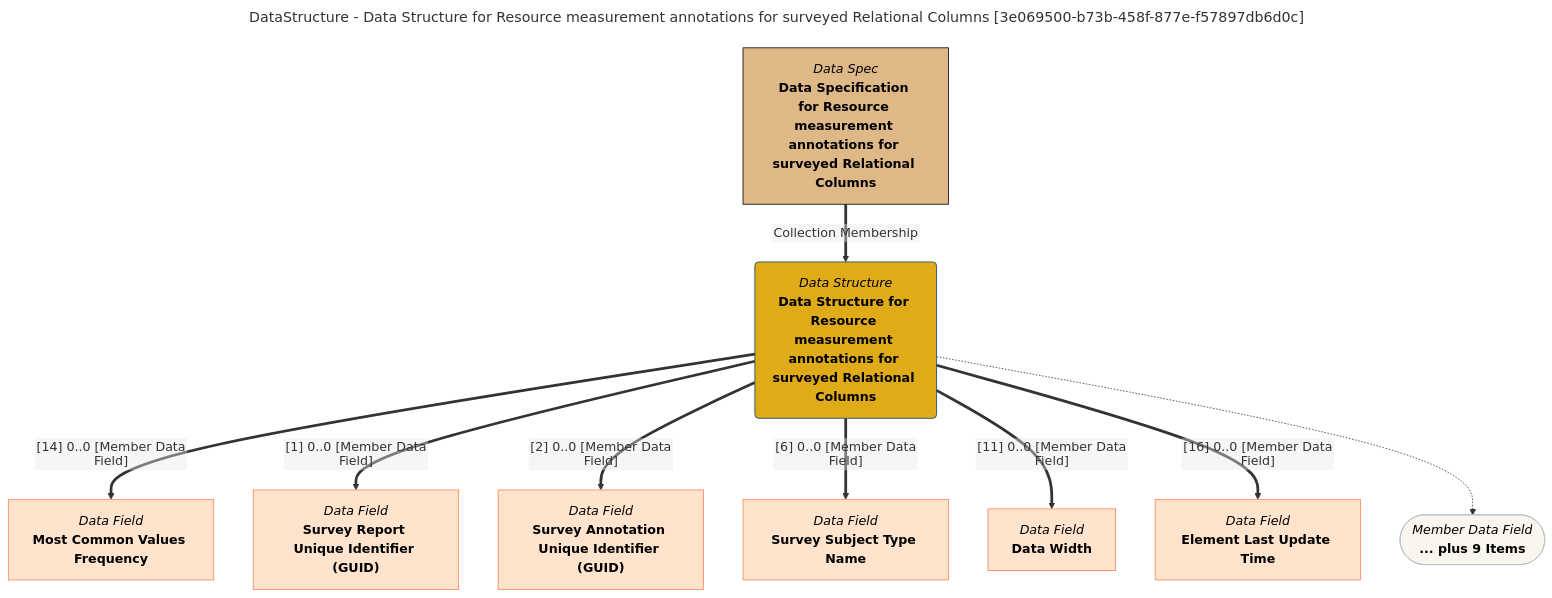
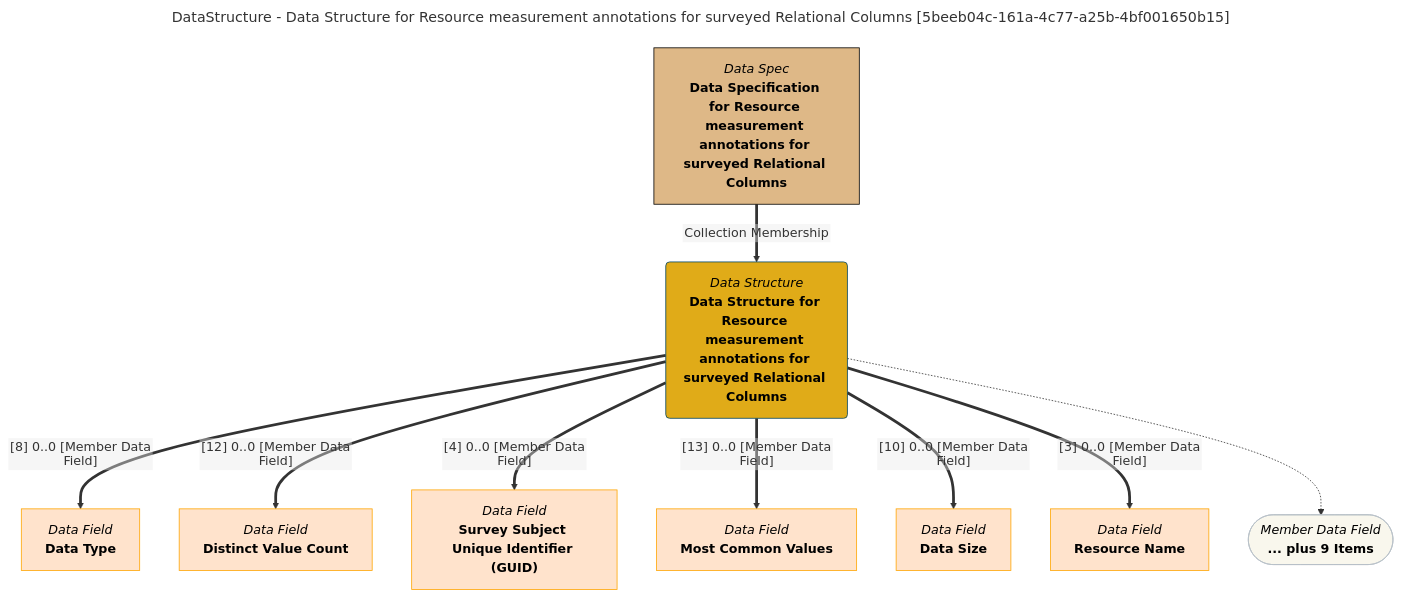
Before and after one commit to odpi/egeria-docs: the diagram in site/snippets/data-structures/data-structure-for-resource-measurement-annotations-for-surveyed-relational-columns-mermaid-graph.md, drawn with Mermaid. The commit also changed 2201 other files, not shown here.

````diff
--- a/site/snippets/data-structures/data-structure-for-resource-measurement-annotations-for-surveyed-relational-columns-mermaid-graph.md
+++ b/site/snippets/data-structures/data-structure-for-resource-measurement-annotations-for-surveyed-relational-columns-mermaid-graph.md
@@ -1,43 +1,43 @@
 ```mermaid
 ---
-title: DataStructure - Data Structure for Resource measurement annotations for surveyed Relational Columns [3e069500-b73b-458f-877e-f57897db6d0c]
+title: DataStructure - Data Structure for Resource measurement annotations for surveyed Relational Columns [5beeb04c-161a-4c77-a25b-4bf001650b15]
 ---
 flowchart TD
 %%{init: {"flowchart": {"htmlLabels": false}} }%%
 
 1@{ shape: rounded, label: "*Data Structure*
 **Data Structure for Resource measurement annotations for surveyed Relational Columns**"}
 2@{ shape: rect, label: "*Data Spec*
 **Data Specification for Resource measurement annotations for surveyed Relational Columns**"}
 2==>|"Collection Membership"|1
 3@{ shape: rect, label: "*Data Field*
-**Most Common Values Frequency**"}
-1==>|"[14] 0..0 [Member Data Field]"|3
+**Data Type**"}
+1==>|"[8] 0..0 [Member Data Field]"|3
 4@{ shape: rect, label: "*Data Field*
-**Survey Report Unique Identifier (GUID)**"}
-1==>|"[1] 0..0 [Member Data Field]"|4
+**Distinct Value Count**"}
+1==>|"[12] 0..0 [Member Data Field]"|4
 5@{ shape: rect, label: "*Data Field*
-**Survey Annotation Unique Identifier (GUID)**"}
-1==>|"[2] 0..0 [Member Data Field]"|5
+**Survey Subject Unique Identifier (GUID)**"}
+1==>|"[4] 0..0 [Member Data Field]"|5
 6@{ shape: rect, label: "*Data Field*
-**Survey Subject Type Name**"}
-1==>|"[6] 0..0 [Member Data Field]"|6
+**Most Common Values**"}
+1==>|"[13] 0..0 [Member Data Field]"|6
 7@{ shape: rect, label: "*Data Field*
-**Data Width**"}
-1==>|"[11] 0..0 [Member Data Field]"|7
+**Data Size**"}
+1==>|"[10] 0..0 [Member Data Field]"|7
 8@{ shape: rect, label: "*Data Field*
-**Element Last Update Time**"}
-1==>|"[16] 0..0 [Member Data Field]"|8
+**Resource Name**"}
+1==>|"[3] 0..0 [Member Data Field]"|8
 9@{ shape: stadium, label: "*Member Data Field*
 **... plus 9 Items**"}
 1-.->9
 style 1 color:#000000, fill:#e0ab18, stroke:#004563
-style 2 color:#000000, fill:#deb887, stroke:#000000
-style 3 color:#000000, fill:#ffe3cc, stroke:#f9845b
-style 4 color:#000000, fill:#ffe3cc, stroke:#f9845b
-style 5 color:#000000, fill:#ffe3cc, stroke:#f9845b
-style 6 color:#000000, fill:#ffe3cc, stroke:#f9845b
-style 7 color:#000000, fill:#ffe3cc, stroke:#f9845b
-style 8 color:#000000, fill:#ffe3cc, stroke:#f9845b
+style 2 color:#000000, fill:#DEB887, stroke:#000000
+style 3 color:#000000, fill:#ffe3cc, stroke:#FFA500
+style 4 color:#000000, fill:#ffe3cc, stroke:#FFA500
+style 5 color:#000000, fill:#ffe3cc, stroke:#FFA500
+style 6 color:#000000, fill:#ffe3cc, stroke:#FFA500
+style 7 color:#000000, fill:#ffe3cc, stroke:#FFA500
+style 8 color:#000000, fill:#ffe3cc, stroke:#FFA500
 style 9 color:#000000, fill:#F9F7ED, stroke:#b7c0c7
 ```
````
